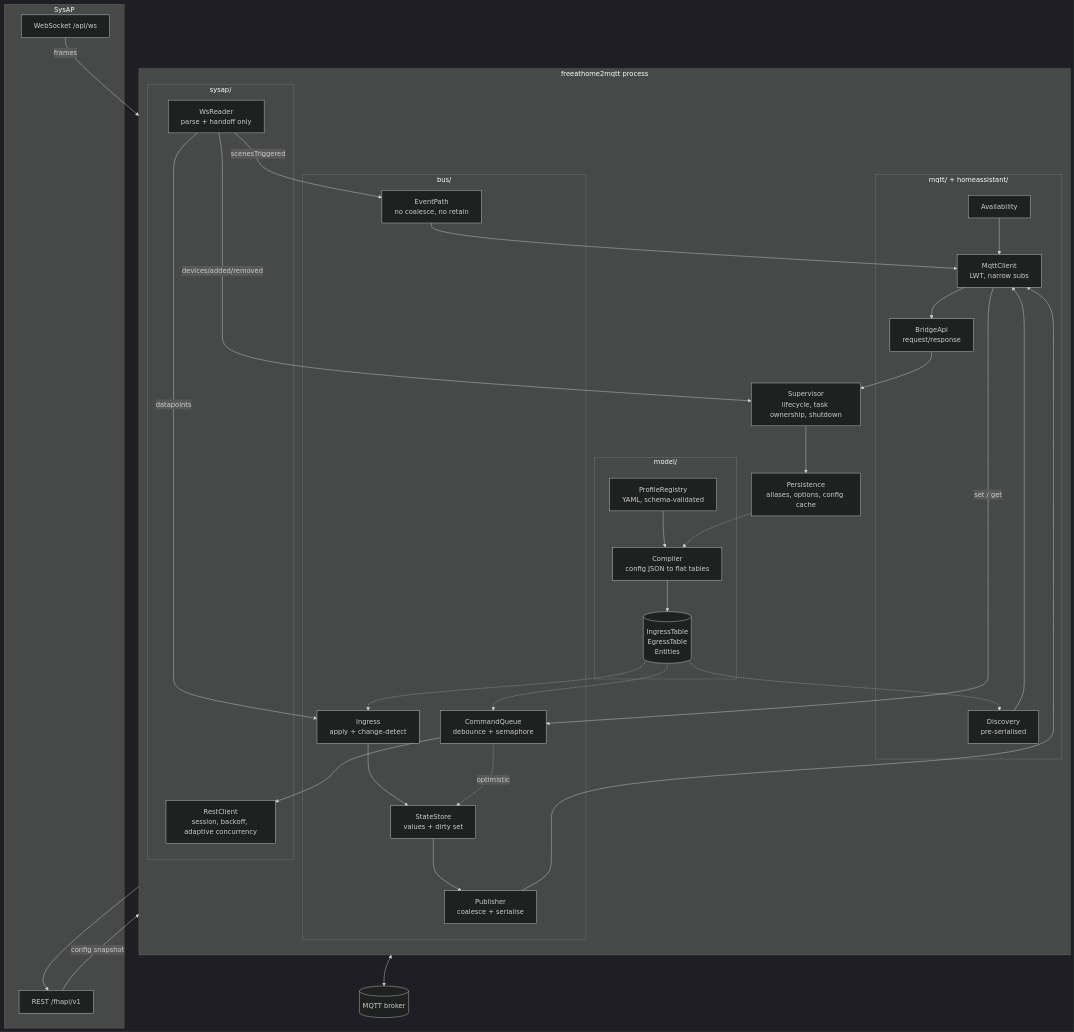
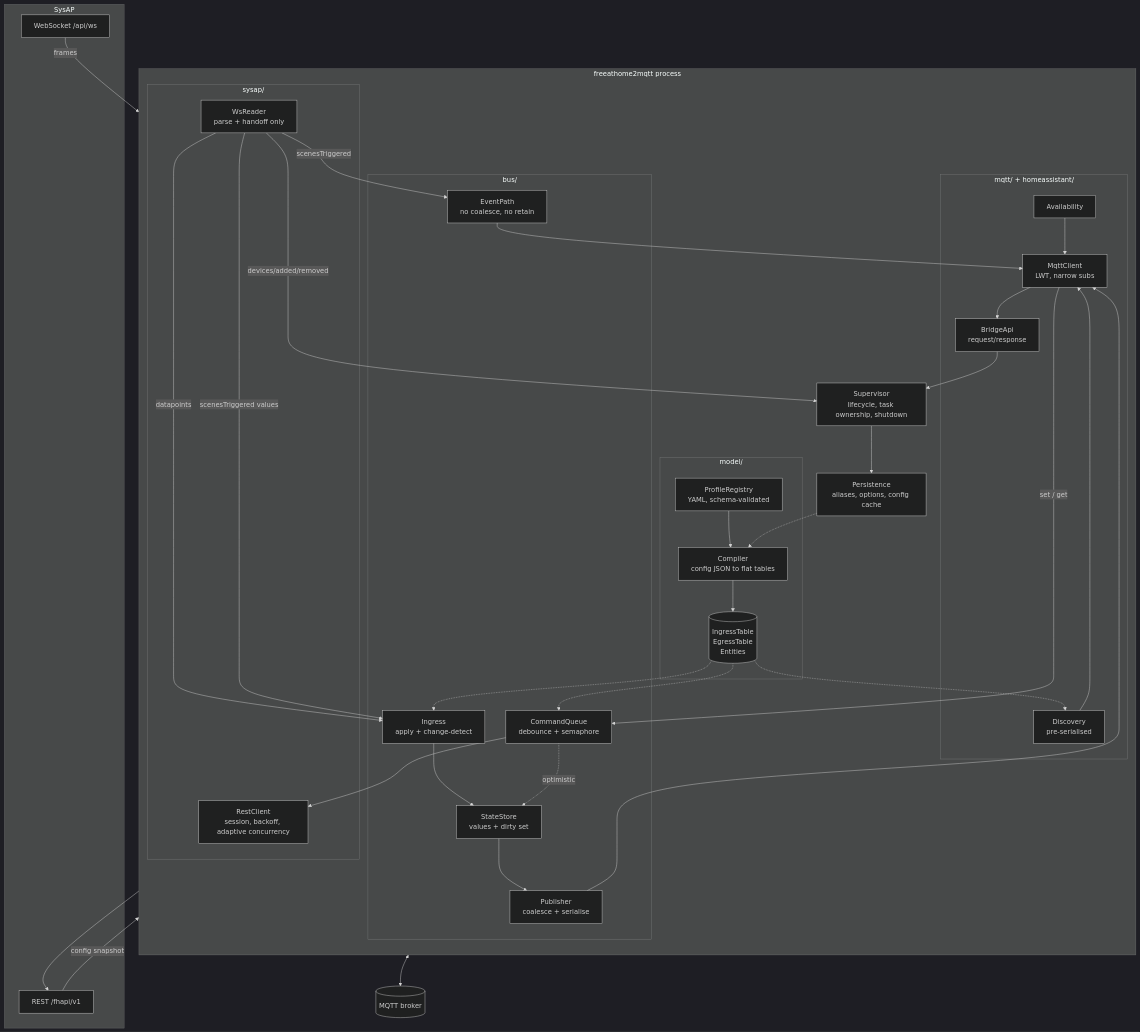
The first of 2 diagrams in docs/02-architecture.md (Steelnight/freeathome2mqtt), drawn with Mermaid (dark theme) before and after one commit. The commit also changed other lines of this file and 6 other files, not shown here.

````diff
--- a/docs/02-architecture.md
+++ b/docs/02-architecture.md
@@ -5,64 +5,65 @@
 ```mermaid
 flowchart TB
     subgraph ext_sysap["SysAP"]
         SR["REST /fhapi/v1"]
         SW["WebSocket /api/ws"]
     end
 
     subgraph app["freeathome2mqtt process"]
         direction TB
 
         SUP["Supervisor<br/>lifecycle, task ownership, shutdown"]
 
         subgraph sysap_layer["sysap/"]
             CL["RestClient<br/>session, backoff, adaptive concurrency"]
             WSL["WsReader<br/>parse + handoff only"]
         end
 
         subgraph model_layer["model/"]
             COMP["Compiler<br/>config JSON to flat tables"]
             PROF["ProfileRegistry<br/>YAML, schema-validated"]
             TBL[("IngressTable<br/>EgressTable<br/>Entities")]
         end
 
         subgraph bus_layer["bus/"]
             ING["Ingress<br/>apply + change-detect"]
             STATE["StateStore<br/>values + dirty set"]
             PUBL["Publisher<br/>coalesce + serialise"]
             EVT["EventPath<br/>no coalesce, no retain"]
             CMDQ["CommandQueue<br/>debounce + semaphore"]
         end
 
         subgraph iface["mqtt/ + homeassistant/"]
             MC["MqttClient<br/>LWT, narrow subs"]
             BAPI["BridgeApi<br/>request/response"]
             HAD["Discovery<br/>pre-serialised"]
             AVAIL["Availability"]
         end
 
         PERS["Persistence<br/>aliases, options, config cache"]
     end
 
     BR[("MQTT broker")]
 
     SW -->|frames| WSL
     WSL -->|datapoints| ING
     WSL -->|devices/added/removed| SUP
     WSL -->|scenesTriggered| EVT
+    WSL -->|scenesTriggered values| ING
     SR -->|config snapshot| COMP
     PROF --> COMP
     COMP --> TBL
     TBL -.-> ING
     TBL -.-> CMDQ
     TBL -.-> HAD
     ING --> STATE --> PUBL --> MC
     EVT --> MC
     MC --> BAPI --> SUP
     MC -->|set / get| CMDQ --> CL --> SR
     CMDQ -.->|optimistic| STATE
     HAD --> MC
     AVAIL --> MC
     MC <--> BR
     PERS -.-> COMP
     SUP --> PERS
 ```
````
